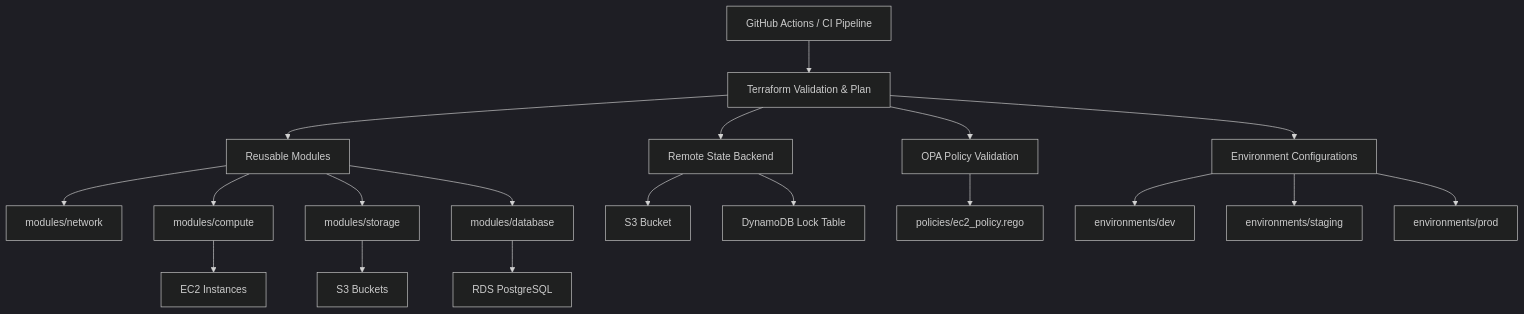
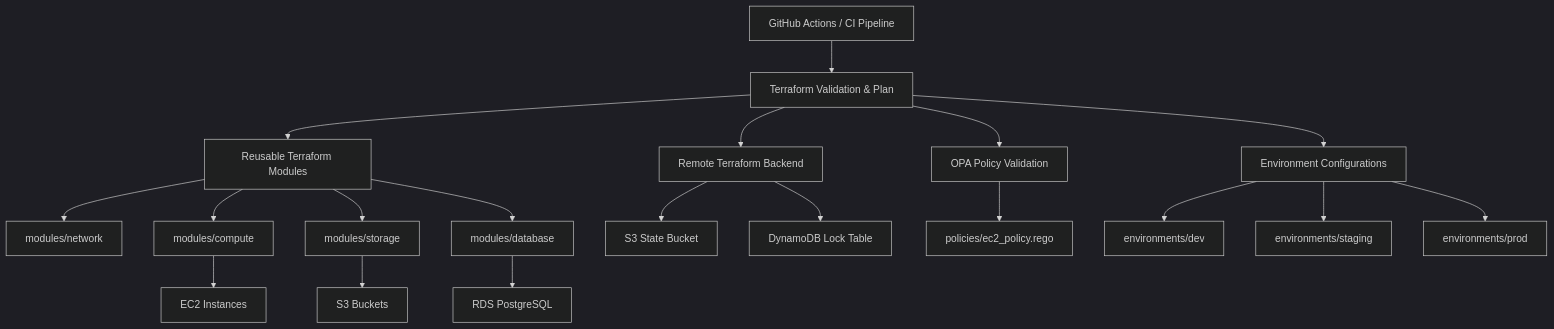
Before and after one commit to atharvapophali/enterprise-cloud-foundation-terraform: the diagram in README.md, drawn with Mermaid (dark theme). The commit also changed other lines of this file, not shown here.

````diff
--- a/README.md
+++ b/README.md
@@ -18,21 +38,26 @@
 ```mermaid
 flowchart TD
     A[GitHub Actions / CI Pipeline] --> B[Terraform Validation & Plan]
     B --> C[Environment Configurations]
-    B --> D[Reusable Modules]
+    B --> D[Reusable Terraform Modules]
+
     D --> D1[modules/network]
     D --> D2[modules/compute]
     D --> D3[modules/storage]
     D --> D4[modules/database]
-    B --> E[Remote State Backend]
-    E --> E1[S3 Bucket]
+
+    B --> E[Remote Terraform Backend]
+    E --> E1[S3 State Bucket]
     E --> E2[DynamoDB Lock Table]
+
     B --> F[OPA Policy Validation]
     F --> F1[policies/ec2_policy.rego]
+
     C --> G[environments/dev]
     C --> H[environments/staging]
     C --> I[environments/prod]
+
     D2 --> J[EC2 Instances]
     D3 --> K[S3 Buckets]
     D4 --> L[RDS PostgreSQL]
 ```
````
